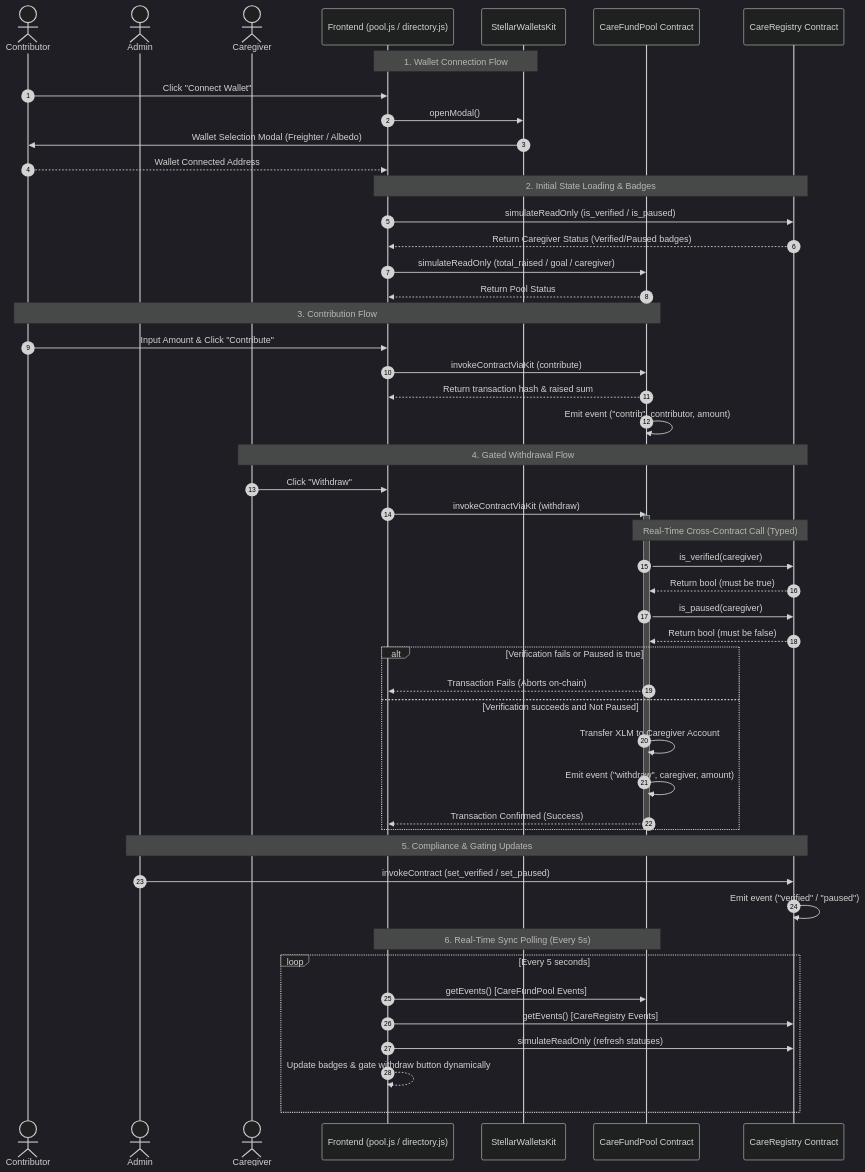
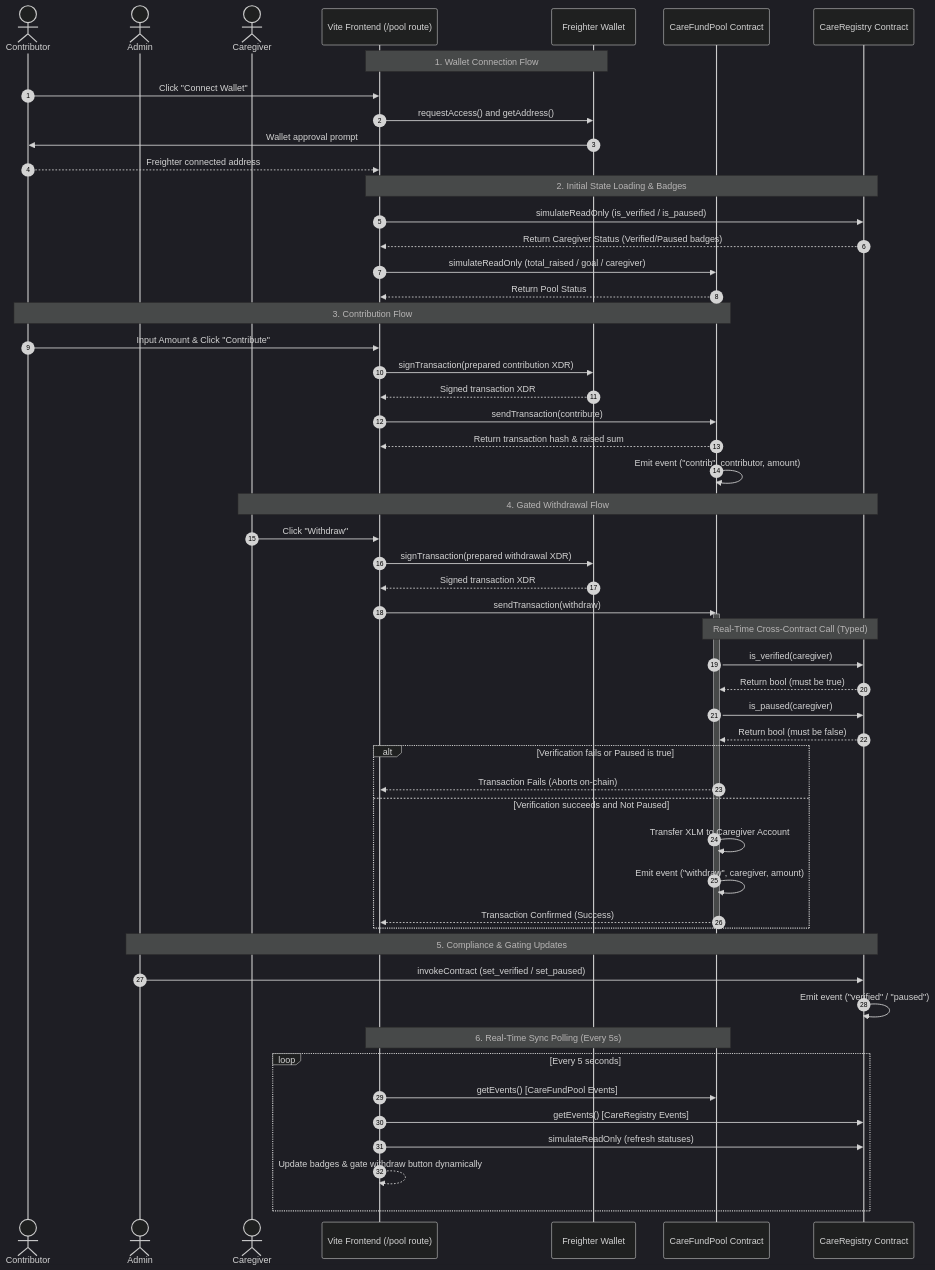
One commit to rohitsingh-01/CareCredits changed the diagram in docs/ARCHITECTURE.md. Above: the diagram before and after it, drawn with Mermaid (dark theme). The commit also changed other lines of this file and 66 other files, not shown here.

Commit message:
Restructure frontend as root Vite dApp

````diff
--- a/docs/ARCHITECTURE.md
+++ b/docs/ARCHITECTURE.md
@@ -50,60 +50,64 @@
 ```mermaid
 sequenceDiagram
     autonumber
     actor Contributor
     actor Admin
     actor Caregiver
-    participant Frontend as Frontend (pool.js / directory.js)
-    participant Kit as StellarWalletsKit
+    participant Frontend as Vite Frontend (/pool route)
+    participant Freighter as Freighter Wallet
     participant Pool as CareFundPool Contract
     participant Registry as CareRegistry Contract
 
-    Note over Frontend, Kit: 1. Wallet Connection Flow
+    Note over Frontend, Freighter: 1. Wallet Connection Flow
     Contributor->>Frontend: Click "Connect Wallet"
-    Frontend->>Kit: openModal()
-    Kit->>Contributor: Wallet Selection Modal (Freighter / Albedo)
-    Contributor-->>Frontend: Wallet Connected Address
+    Frontend->>Freighter: requestAccess() and getAddress()
+    Freighter->>Contributor: Wallet approval prompt
+    Contributor-->>Frontend: Freighter connected address
 
     Note over Frontend, Registry: 2. Initial State Loading & Badges
     Frontend->>Registry: simulateReadOnly (is_verified / is_paused)
     Registry-->>Frontend: Return Caregiver Status (Verified/Paused badges)
     Frontend->>Pool: simulateReadOnly (total_raised / goal / caregiver)
     Pool-->>Frontend: Return Pool Status
 
     Note over Contributor, Pool: 3. Contribution Flow
     Contributor->>Frontend: Input Amount & Click "Contribute"
-    Frontend->>Pool: invokeContractViaKit (contribute)
+    Frontend->>Freighter: signTransaction(prepared contribution XDR)
+    Freighter-->>Frontend: Signed transaction XDR
+    Frontend->>Pool: sendTransaction(contribute)
     Pool-->>Frontend: Return transaction hash & raised sum
     Pool->>Pool: Emit event ("contrib", contributor, amount)
 
     Note over Caregiver, Registry: 4. Gated Withdrawal Flow
     Caregiver->>Frontend: Click "Withdraw"
-    Frontend->>Pool: invokeContractViaKit (withdraw)
+    Frontend->>Freighter: signTransaction(prepared withdrawal XDR)
+    Freighter-->>Frontend: Signed transaction XDR
+    Frontend->>Pool: sendTransaction(withdraw)
     activate Pool
     Note over Pool, Registry: Real-Time Cross-Contract Call (Typed)
     Pool->>Registry: is_verified(caregiver)
     Registry-->>Pool: Return bool (must be true)
     Pool->>Registry: is_paused(caregiver)
     Registry-->>Pool: Return bool (must be false)
     
     alt Verification fails or Paused is true
         Pool-->>Frontend: Transaction Fails (Aborts on-chain)
     else Verification succeeds and Not Paused
         Pool->>Pool: Transfer XLM to Caregiver Account
         Pool->>Pool: Emit event ("withdraw", caregiver, amount)
         Pool-->>Frontend: Transaction Confirmed (Success)
     end
     deactivate Pool
 
     Note over Admin, Registry: 5. Compliance & Gating Updates
     Admin->>Registry: invokeContract (set_verified / set_paused)
     Registry->>Registry: Emit event ("verified" / "paused")
     
     Note over Frontend, Pool: 6. Real-Time Sync Polling (Every 5s)
     loop Every 5 seconds
         Frontend->>Pool: getEvents() [CareFundPool Events]
         Frontend->>Registry: getEvents() [CareRegistry Events]
         Frontend->>Registry: simulateReadOnly (refresh statuses)
         Frontend-->>Frontend: Update badges & gate withdraw button dynamically
     end
 ```
````
